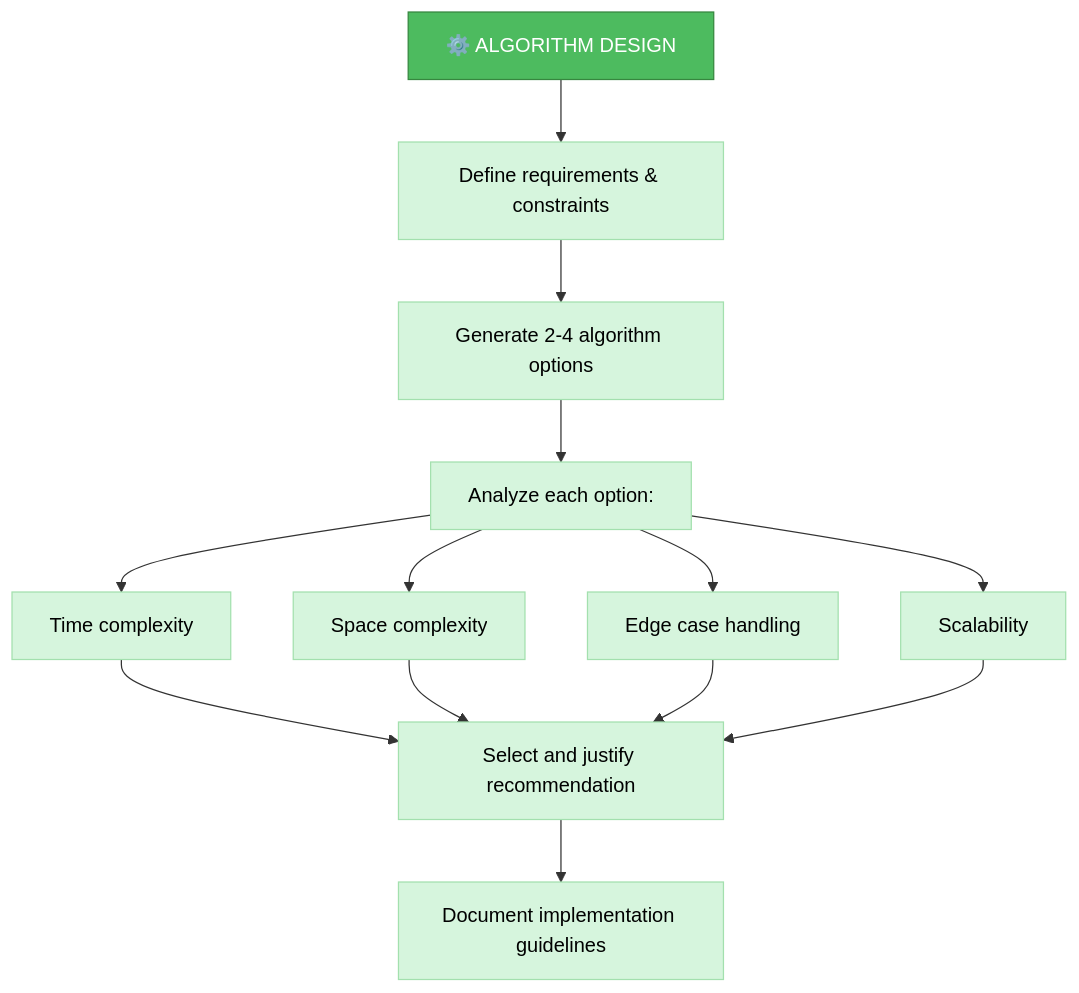
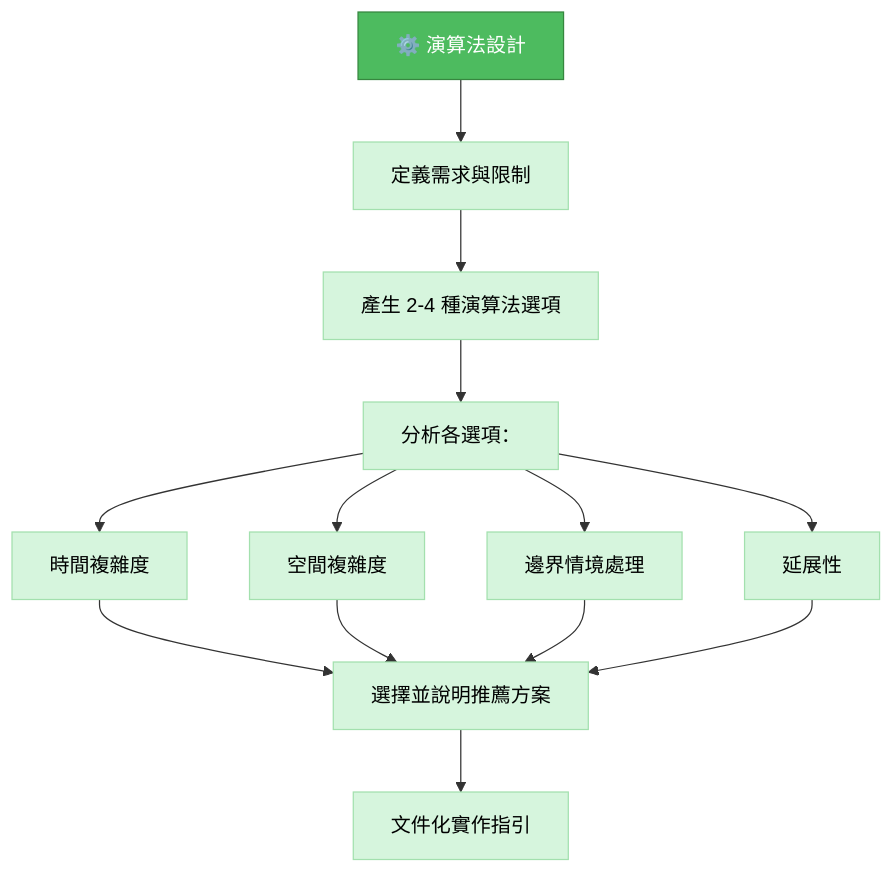
The third of 6 diagrams in 中文化/custom_modes/creative_instructions.md (chenjackle45/cursor-memory-bank-chinese), drawn with Mermaid before and after one commit. The commit also changed other lines of this file and 5 other files, not shown here.

Commit message:
Translate and update documentation for Reflect+Archive and VAN modes to enhance clarity and accessibility for users. Adjusted flowcharts and verification checklists to reflect changes in the development process.

````diff
--- a/中文化/custom_modes/creative_instructions.md
+++ b/中文化/custom_modes/creative_instructions.md
@@ -176,23 +183,23 @@
 ```mermaid
 graph TD
-    ALGO["⚙️ ALGORITHM DESIGN"] --> Req["Define requirements & constraints"]
-    Req --> Options["Generate 2-4 algorithm options"]
-    Options --> Analysis["Analyze each option:"]
-    Analysis --> TC["Time complexity"]
-    Analysis --> SC["Space complexity"]
-    Analysis --> Edge["Edge case handling"]
-    Analysis --> Scale["Scalability"]
-    TC & SC & Edge & Scale --> Select["Select and justify recommendation"]
-    Select --> Doc["Document implementation guidelines"]
-    
+    ALGO["⚙️ 演算法設計"] --> Req["定義需求與限制"]
+    Req --> Options["產生 2-4 種演算法選項"]
+    Options --> Analysis["分析各選項："]
+    Analysis --> TC["時間複雜度"]
+    Analysis --> SC["空間複雜度"]
+    Analysis --> Edge["邊界情境處理"]
+    Analysis --> Scale["延展性"]
+    TC & SC & Edge & Scale --> Select["選擇並說明推薦方案"]
+    Select --> Doc["文件化實作指引"]
+
     style ALGO fill:#4dbb5f,stroke:#36873f,color:white
     style Req fill:#d6f5dd,stroke:#a3e0ae,color:black
     style Options fill:#d6f5dd,stroke:#a3e0ae,color:black
     style Analysis fill:#d6f5dd,stroke:#a3e0ae,color:black
     style TC fill:#d6f5dd,stroke:#a3e0ae,color:black
     style SC fill:#d6f5dd,stroke:#a3e0ae,color:black
     style Edge fill:#d6f5dd,stroke:#a3e0ae,color:black
     style Scale fill:#d6f5dd,stroke:#a3e0ae,color:black
     style Select fill:#d6f5dd,stroke:#a3e0ae,color:black
     style Doc fill:#d6f5dd,stroke:#a3e0ae,color:black
 ```
````
